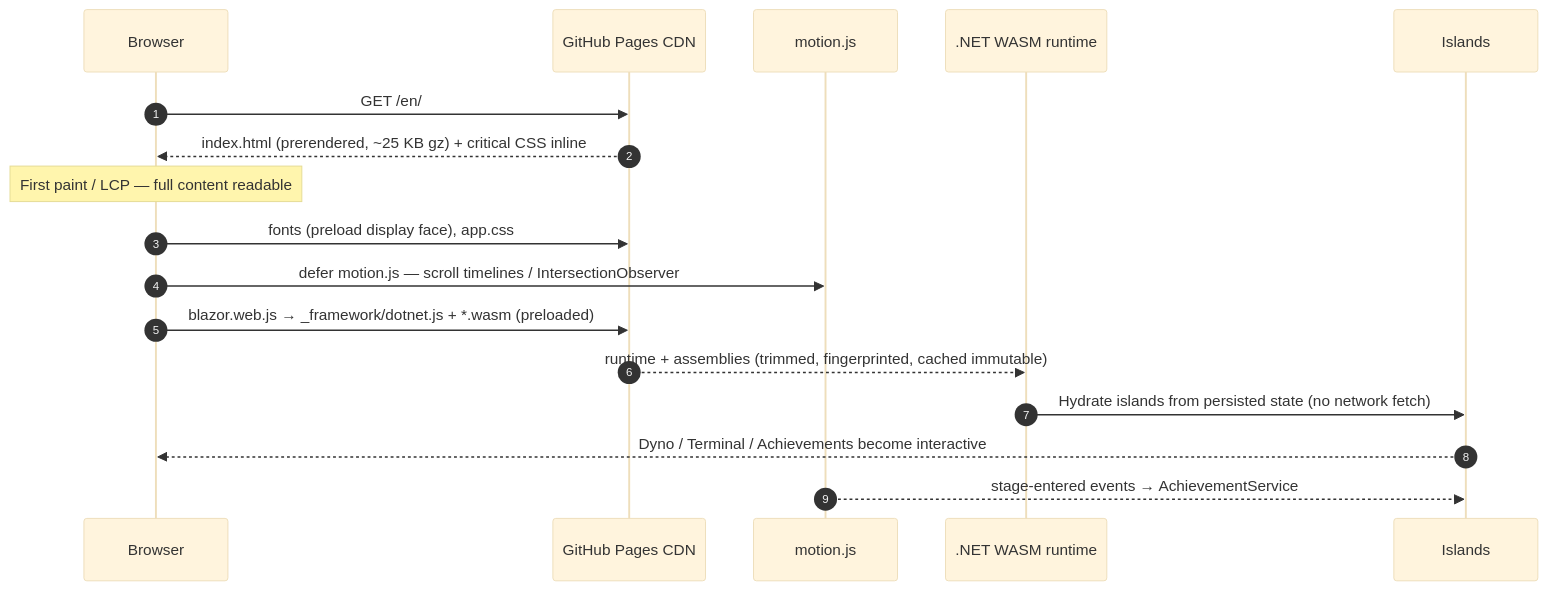
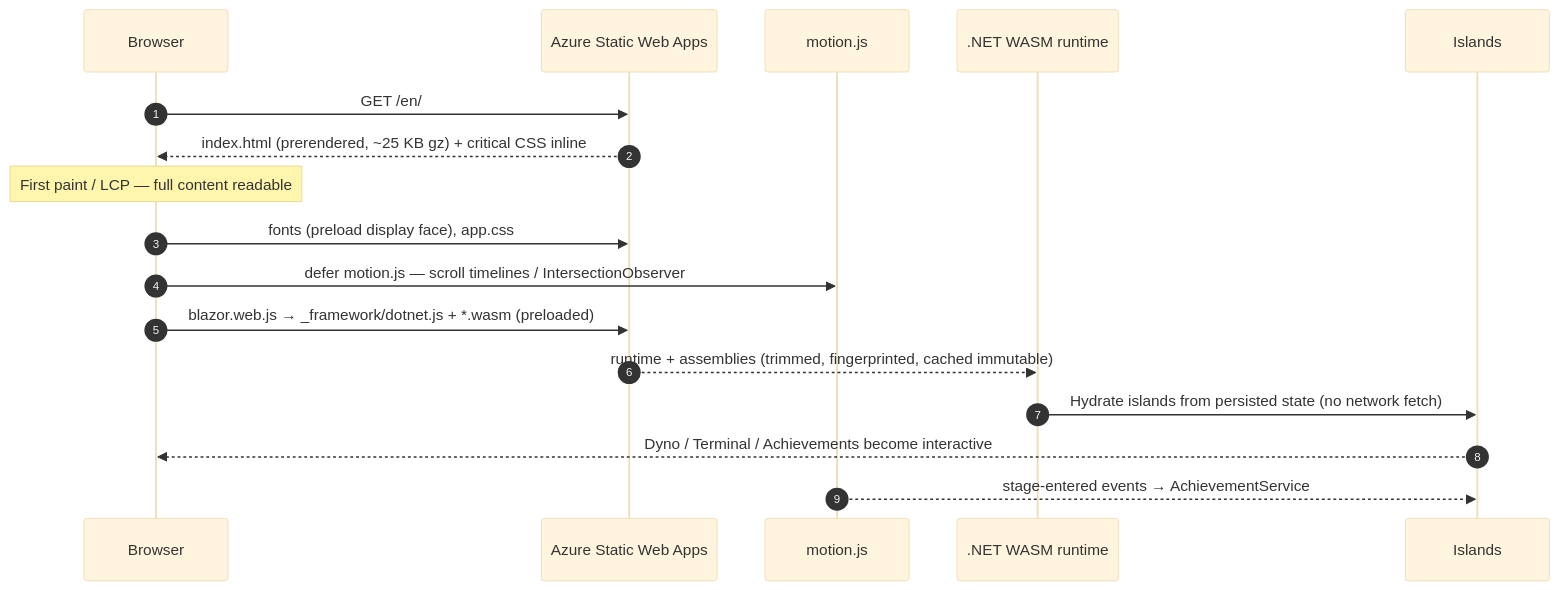
One commit to Bravodin/portifolio_bravo changed the fourth of 4 diagrams in docs/architecture/overview.md. Above: the diagram before and after it, drawn with Mermaid (base theme). The commit also changed other lines of this file and 9 other files, not shown here.

First line of the commit message:
docs: record Azure Pipelines + Static Web Apps decision (ADR-0009)

````diff
--- a/docs/architecture/overview.md
+++ b/docs/architecture/overview.md
@@ -111,20 +115,20 @@
 ```mermaid
 sequenceDiagram
     autonumber
     participant B as Browser
-    participant CDN as GitHub Pages CDN
+    participant CDN as Azure Static Web Apps
     participant JS as motion.js
     participant RT as .NET WASM runtime
     participant I as Islands
 
     B->>CDN: GET /en/
     CDN-->>B: index.html (prerendered, ~25 KB gz) + critical CSS inline
     Note over B: First paint / LCP — full content readable
     B->>CDN: fonts (preload display face), app.css
     B->>JS: defer motion.js — scroll timelines / IntersectionObserver
     B->>CDN: blazor.web.js → _framework/dotnet.js + *.wasm (preloaded)
     CDN-->>RT: runtime + assemblies (trimmed, fingerprinted, cached immutable)
     RT->>I: Hydrate islands from persisted state (no network fetch)
     I-->>B: Dyno / Terminal / Achievements become interactive
     JS-->>I: stage-entered events → AchievementService
 ```
````
